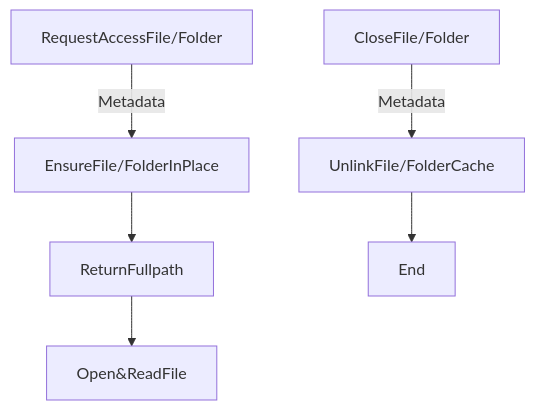
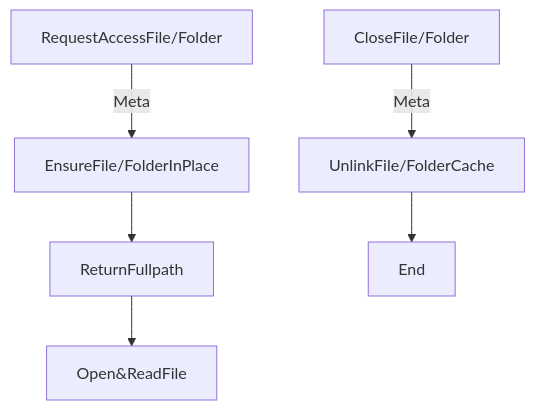
One commit to Sciuromorpha/Documents changed the second of 2 diagrams in Design/Storage Design.md. Above: the diagram before and after it, drawn with Mermaid. The commit also changed other lines of this file and 1 other file, not shown here.

````diff
--- a/Design/Storage Design.md
+++ b/Design/Storage Design.md
@@ -51,5 +51,5 @@
 ```mermaid
 graph TD
-  RequestAccessFile/Folder--Metadata-->EnsureFile/FolderInPlace-->ReturnFullpath-->Open&ReadFile
-  CloseFile/Folder--Metadata-->UnlinkFile/FolderCache-->End
+  RequestAccessFile/Folder--Meta-->EnsureFile/FolderInPlace-->ReturnFullpath-->Open&ReadFile
+  CloseFile/Folder--Meta-->UnlinkFile/FolderCache-->End
 ```
````
